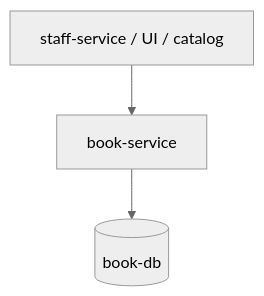
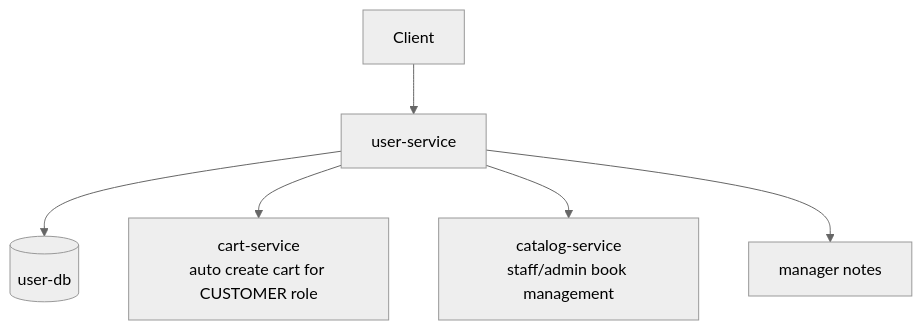
One commit to nkokmit/HTN changed the fourth of 13 diagrams in docs/architecture-diagrams.md. Above: the diagram before and after it, drawn with Mermaid (neutral theme). The commit also changed other lines of this file and 194 other files, not shown here.

````diff
--- a/docs/architecture-diagrams.md
+++ b/docs/architecture-diagrams.md
@@ -62,5 +57,8 @@
 ```mermaid
 flowchart TD
-    StaffOrUI[staff-service / UI / catalog] --> BookAPI[book-service]
-    BookAPI --> BookDB[(book-db)]
+    Client --> UserAPI[user-service]
+    UserAPI --> UserDB[(user-db)]
+    UserAPI --> CartAPI[cart-service\nauto create cart for CUSTOMER role]
+    UserAPI --> StaffAPI[catalog-service\nstaff/admin book management]
+    UserAPI --> ManagerAPI[manager notes]
 ```
````
